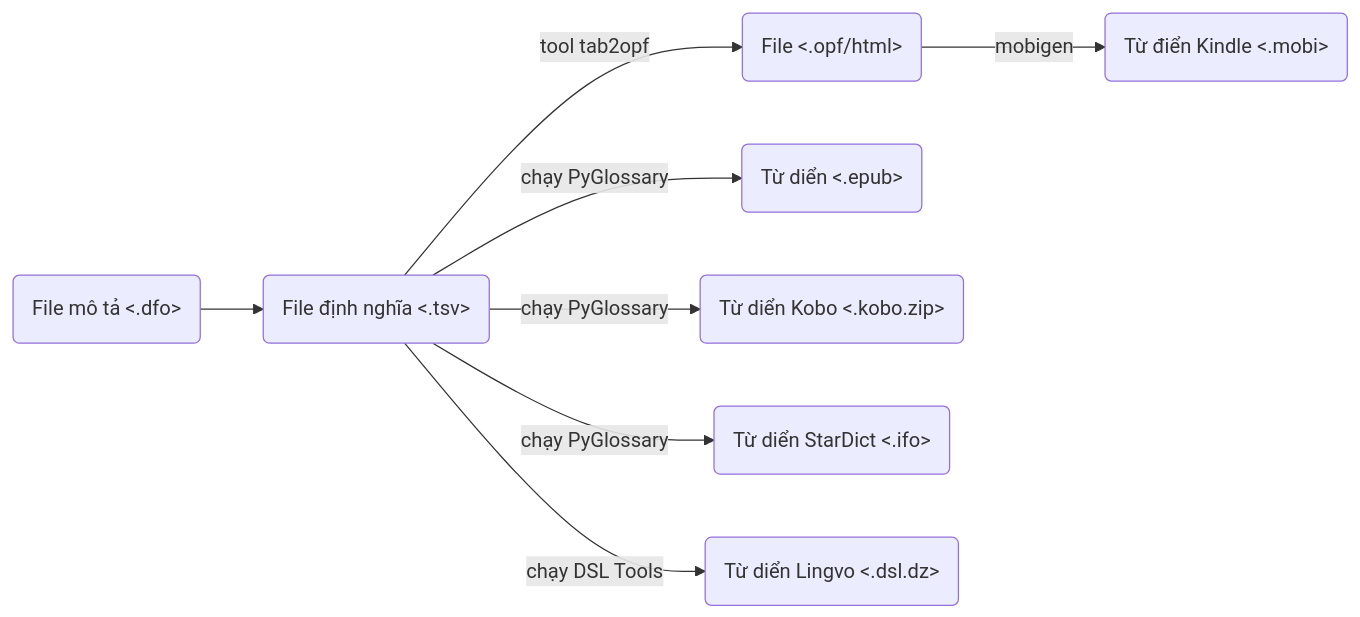
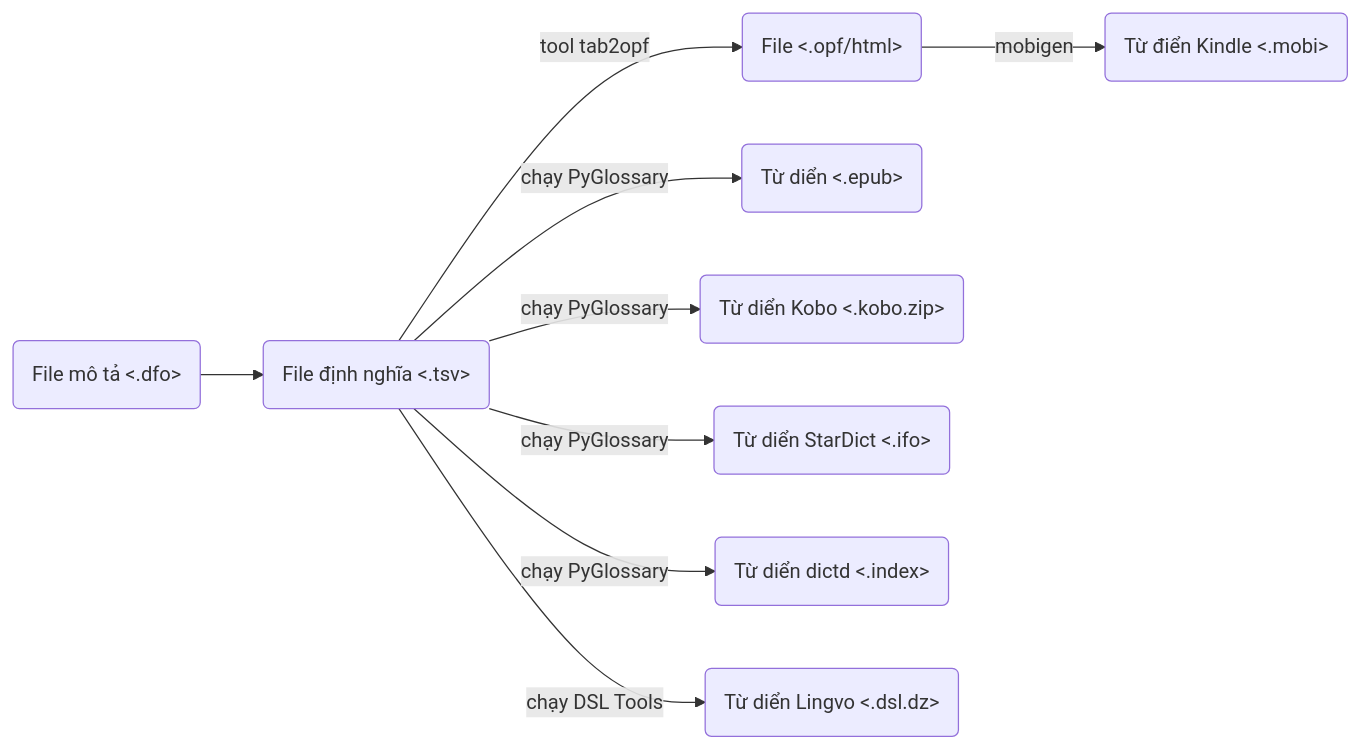
The diagram in README.md (catusf/tudien), drawn with Mermaid before and after one commit. The commit also changed other lines of this file, not shown here.

````diff
--- a/README.md
+++ b/README.md
@@ -25,9 +25,10 @@
 ```mermaid
 graph LR;
     GenMetadat(File mô tả <.dfo>) --> GenTab(File định nghĩa <.tsv>);
     GenTab -- tool tab2opf --> HTML_File(File <.opf/html>) -- mobigen --> KindleDict(Từ điển Kindle <.mobi>);
     GenTab -- chạy PyGlossary --> EpubDict(Từ diển <.epub>);
     GenTab --  chạy PyGlossary --> KoboDict(Từ diển Kobo <.kobo.zip>);
     GenTab --  chạy PyGlossary --> StarDict(Từ diển StarDict <.ifo>);
+    GenTab --  chạy PyGlossary --> dictd(Từ diển dictd <.index>);
     GenTab --  chạy DSL Tools --> DSLDict(Từ diển Lingvo <.dsl.dz>);
 ```
````
